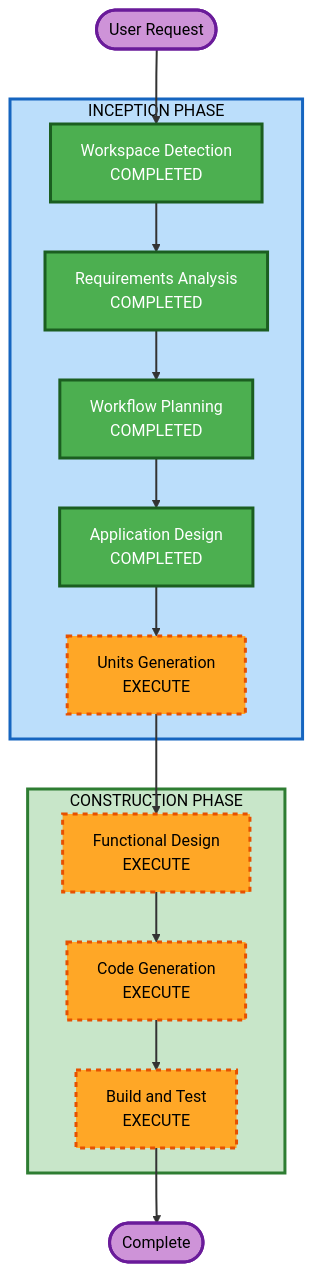
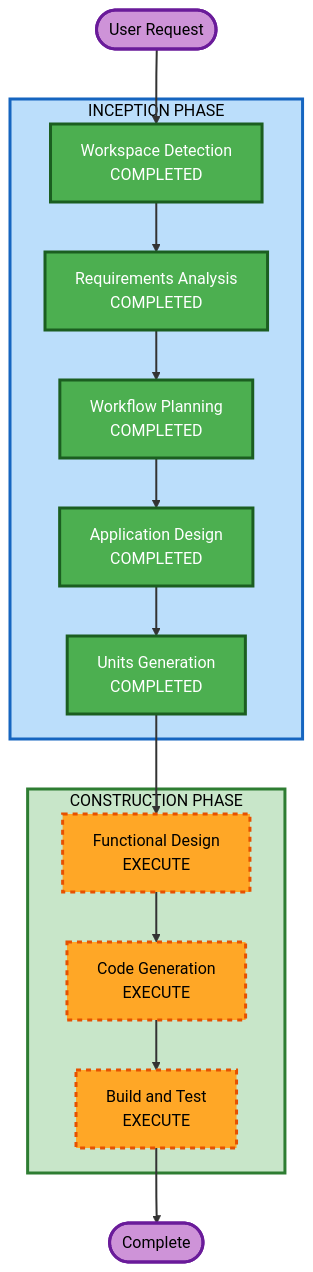
One commit to umaxfun/kiroclaw changed the diagram in aidlc-docs/inception/plans/execution-plan.md. Above: the diagram before and after it, drawn with Mermaid. The commit also changed other lines of this file and 6 other files, not shown here.

First line of the commit message:
docs(inception): Complete units generation with artifacts and consistency audit

````diff
--- a/aidlc-docs/inception/plans/execution-plan.md
+++ b/aidlc-docs/inception/plans/execution-plan.md
@@ -19,43 +19,43 @@
 ```mermaid
 flowchart TD
     Start(["User Request"])
     
     subgraph INCEPTION["INCEPTION PHASE"]
         WD["Workspace Detection<br/>COMPLETED"]
         RA["Requirements Analysis<br/>COMPLETED"]
         WP["Workflow Planning<br/>COMPLETED"]
         AD["Application Design<br/>COMPLETED"]
-        UG["Units Generation<br/>EXECUTE"]
+        UG["Units Generation<br/>COMPLETED"]
     end
     
     subgraph CONSTRUCTION["CONSTRUCTION PHASE"]
         FD["Functional Design<br/>EXECUTE"]
         CG["Code Generation<br/>EXECUTE"]
         BT["Build and Test<br/>EXECUTE"]
     end
     
     Start --> WD
     WD --> RA
     RA --> WP
     WP --> AD
     AD --> UG
     UG --> FD
     FD --> CG
     CG --> BT
     BT --> End(["Complete"])
 
     style WD fill:#4CAF50,stroke:#1B5E20,stroke-width:3px,color:#fff
     style RA fill:#4CAF50,stroke:#1B5E20,stroke-width:3px,color:#fff
     style WP fill:#4CAF50,stroke:#1B5E20,stroke-width:3px,color:#fff
     style AD fill:#4CAF50,stroke:#1B5E20,stroke-width:3px,color:#fff
-    style UG fill:#FFA726,stroke:#E65100,stroke-width:3px,stroke-dasharray: 5 5,color:#000
+    style UG fill:#4CAF50,stroke:#1B5E20,stroke-width:3px,color:#fff
     style FD fill:#FFA726,stroke:#E65100,stroke-width:3px,stroke-dasharray: 5 5,color:#000
     style CG fill:#FFA726,stroke:#E65100,stroke-width:3px,stroke-dasharray: 5 5,color:#000
     style BT fill:#FFA726,stroke:#E65100,stroke-width:3px,stroke-dasharray: 5 5,color:#000
     style Start fill:#CE93D8,stroke:#6A1B9A,stroke-width:3px,color:#000
     style End fill:#CE93D8,stroke:#6A1B9A,stroke-width:3px,color:#000
     style INCEPTION fill:#BBDEFB,stroke:#1565C0,stroke-width:3px,color:#000
     style CONSTRUCTION fill:#C8E6C9,stroke:#2E7D32,stroke-width:3px,color:#000
 
     linkStyle default stroke:#333,stroke-width:2px
 ```
````
